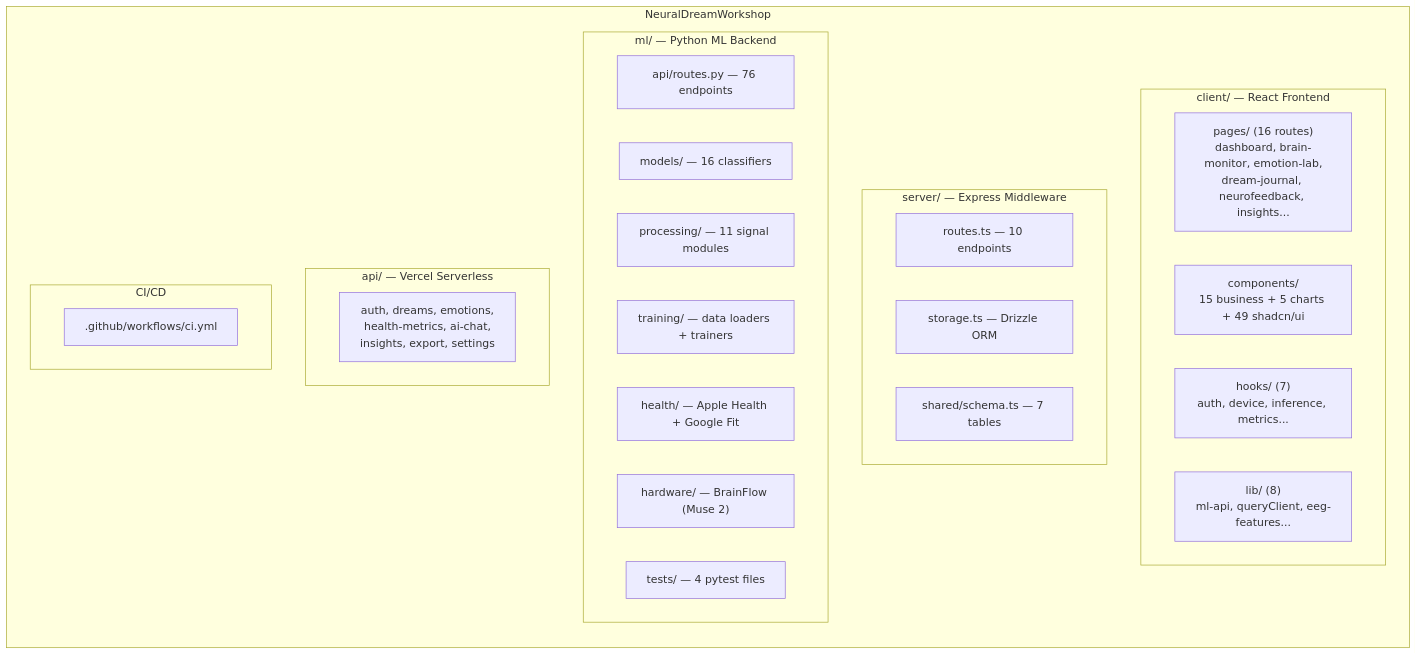
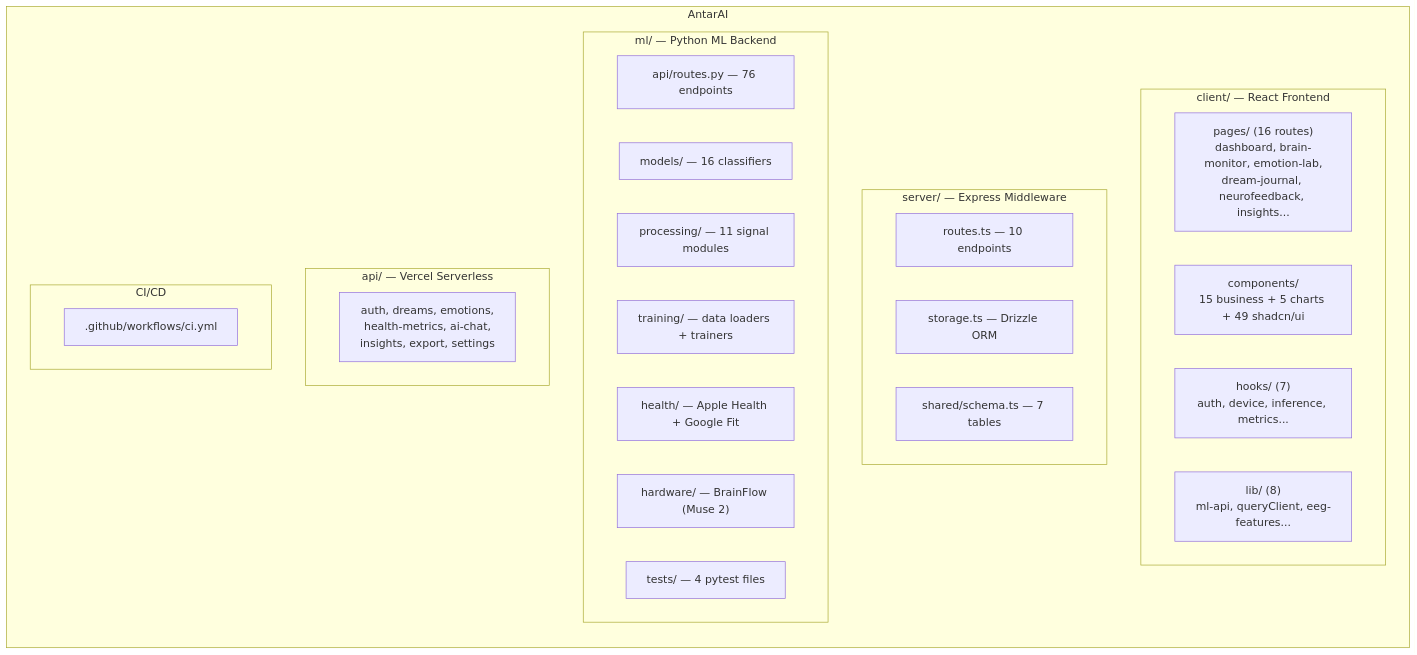
Before and after one commit to getzen-health/DreamAnalysis: the second of 5 diagrams in README.md, drawn with Mermaid. The commit also changed other lines of this file and 45 other files, not shown here.

````diff
--- a/README.md
+++ b/README.md
@@ -48,37 +48,37 @@
 ```mermaid
 graph LR
-    subgraph Root["NeuralDreamWorkshop"]
+    subgraph Root["AntarAI"]
         direction TB
 
         subgraph FE["client/ — React Frontend"]
             pages["pages/ (16 routes)<br/>dashboard, brain-monitor, emotion-lab,<br/>dream-journal, neurofeedback, insights..."]
             comps["components/<br/>15 business + 5 charts + 49 shadcn/ui"]
             hooks["hooks/ (7)<br/>auth, device, inference, metrics..."]
             libs["lib/ (8)<br/>ml-api, queryClient, eeg-features..."]
         end
 
         subgraph MW["server/ — Express Middleware"]
             routes["routes.ts — 10 endpoints"]
             storage["storage.ts — Drizzle ORM"]
             schema["shared/schema.ts — 7 tables"]
         end
 
         subgraph ML["ml/ — Python ML Backend"]
             api["api/routes.py — 76 endpoints"]
             models["models/ — 16 classifiers"]
             proc["processing/ — 11 signal modules"]
             train["training/ — data loaders + trainers"]
             health["health/ — Apple Health + Google Fit"]
             hw["hardware/ — BrainFlow (Muse 2)"]
             tests["tests/ — 4 pytest files"]
         end
 
         subgraph API["api/ — Vercel Serverless"]
             sls["auth, dreams, emotions,<br/>health-metrics, ai-chat,<br/>insights, export, settings"]
         end
 
         subgraph CI["CI/CD"]
             gha[".github/workflows/ci.yml"]
         end
     end
 ```
````
